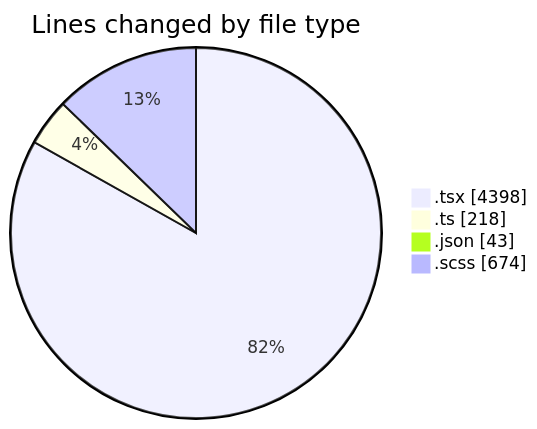
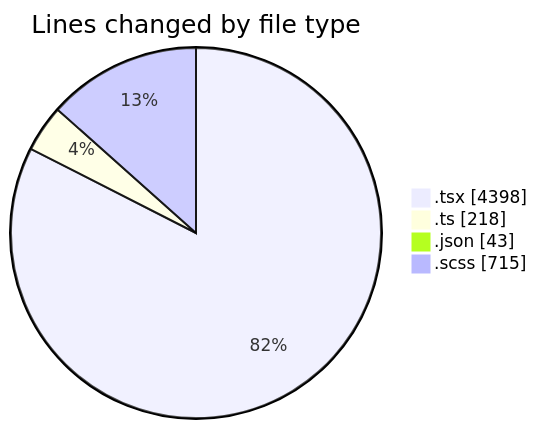
Before and after one commit to momahboobian/code-tracking: the first of 2 diagrams in 2025-09-23/cda/README.md, drawn with Mermaid. The commit also changed other lines of this file and 1 other file, not shown here.

````diff
--- a/2025-09-23/cda/README.md
+++ b/2025-09-23/cda/README.md
@@ -34,8 +34,8 @@
 ```mermaid
 pie showData
 title Lines changed by file type
 ".tsx" : 4398
 ".ts" : 218
 ".json" : 43
-".scss" : 674
+".scss" : 715
 ```
````
